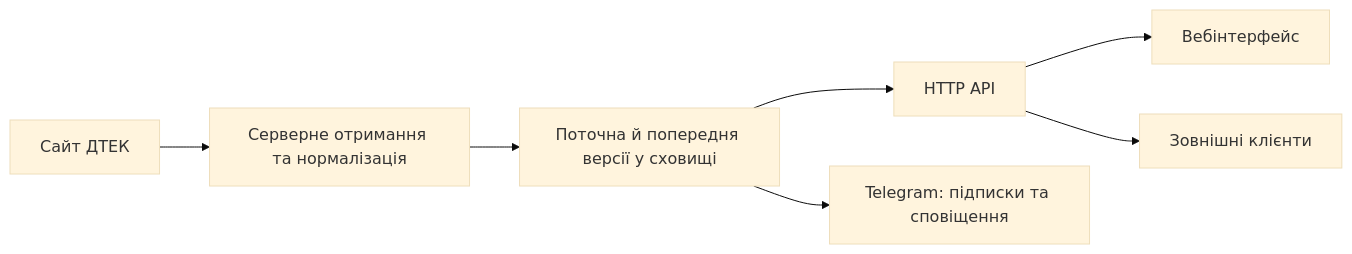
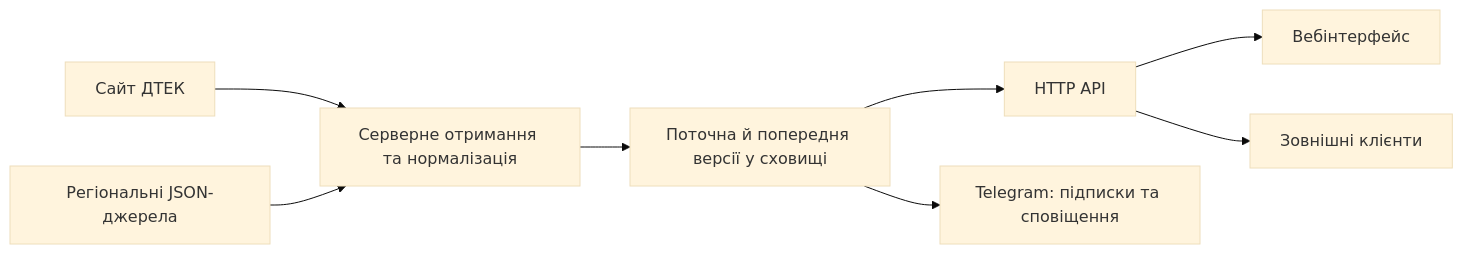
One commit to Daniell2019UKR/dtek-svitlo changed the diagram in docs/architecture.md. Above: the diagram before and after it, drawn with Mermaid (base theme). The commit also changed other lines of this file and 3 other files, not shown here.

````diff
--- a/docs/architecture.md
+++ b/docs/architecture.md
@@ -5,9 +5,10 @@
 ```mermaid
 flowchart LR
     D[Сайт ДТЕК] --> S[Серверне отримання та нормалізація]
+    R[Регіональні JSON-джерела] --> S
     S --> C[Поточна й попередня версії у сховищі]
     C --> A[HTTP API]
     A --> W[Вебінтерфейс]
     A --> I[Зовнішні клієнти]
     C --> T[Telegram: підписки та сповіщення]
 ```
````
